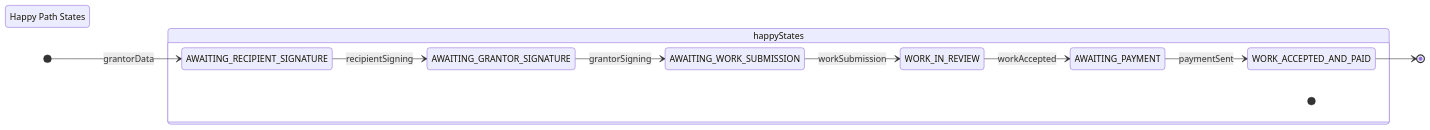
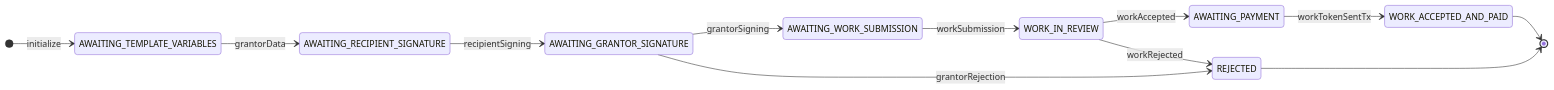
One commit to Consensys-Network-State/signet-execution-prototype changed the first of 5 diagrams in lua-actor/src/tests/grant-with-feedback/grant-with-feedback.md. Above: the diagram before and after it, drawn with Mermaid. The commit also changed other lines of this file, not shown here.

````diff
--- a/lua-actor/src/tests/grant-with-feedback/grant-with-feedback.md
+++ b/lua-actor/src/tests/grant-with-feedback/grant-with-feedback.md
@@ -4,24 +3,22 @@
 ```mermaid
 stateDiagram-v2
     direction LR
     
-    state "Happy Path States" as happyStates #LightGreen
+    [*] --> AWAITING_TEMPLATE_VARIABLES: initialize
     
-    [*] --> AWAITING_RECIPIENT_SIGNATURE: grantorData
+    AWAITING_TEMPLATE_VARIABLES --> AWAITING_RECIPIENT_SIGNATURE: grantorData
     AWAITING_RECIPIENT_SIGNATURE --> AWAITING_GRANTOR_SIGNATURE: recipientSigning
+    
     AWAITING_GRANTOR_SIGNATURE --> AWAITING_WORK_SUBMISSION: grantorSigning
+    AWAITING_GRANTOR_SIGNATURE --> REJECTED: grantorRejection
+    
     AWAITING_WORK_SUBMISSION --> WORK_IN_REVIEW: workSubmission
+    
     WORK_IN_REVIEW --> AWAITING_PAYMENT: workAccepted
-    AWAITING_PAYMENT --> WORK_ACCEPTED_AND_PAID: paymentSent
+    WORK_IN_REVIEW --> REJECTED: workRejected
+    
+    AWAITING_PAYMENT --> WORK_ACCEPTED_AND_PAID: workTokenSentTx
+    
     WORK_ACCEPTED_AND_PAID --> [*]
-    
-    state happyStates {
-        [*]
-        AWAITING_RECIPIENT_SIGNATURE
-        AWAITING_GRANTOR_SIGNATURE
-        AWAITING_WORK_SUBMISSION
-        WORK_IN_REVIEW
-        AWAITING_PAYMENT
-        WORK_ACCEPTED_AND_PAID
-    }
+    REJECTED --> [*]
 ```
````
